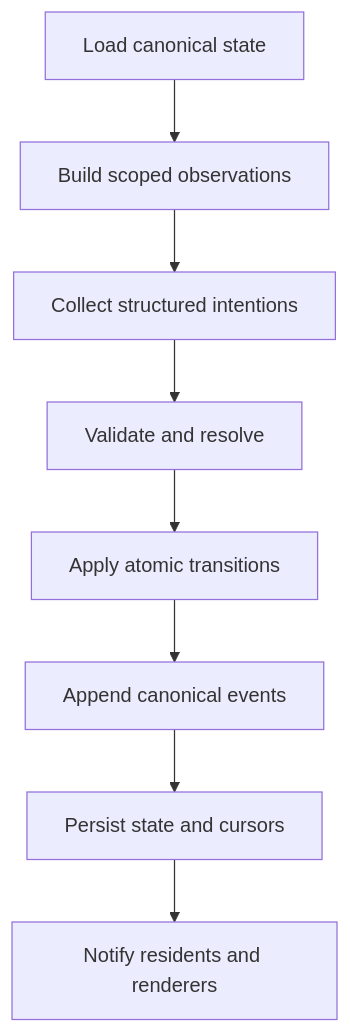
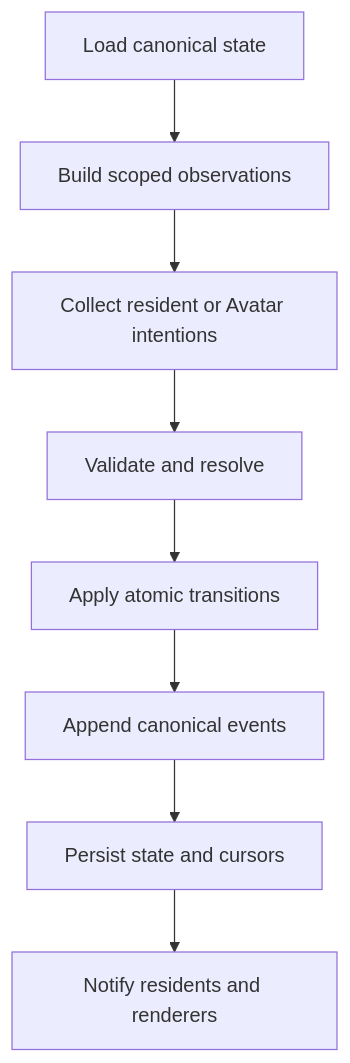
Before and after one commit to RaoulTheF00l/PROJECT-WORLD-SEED: the diagram in docs/architecture/SYSTEM_ARCHITECTURE.md, drawn with Mermaid. The commit also changed other lines of this file and 14 other files, not shown here.

````diff
--- a/docs/architecture/SYSTEM_ARCHITECTURE.md
+++ b/docs/architecture/SYSTEM_ARCHITECTURE.md
@@ -25,10 +28,10 @@
 ```mermaid
 flowchart TD
     Load["Load canonical state"] --> Observe["Build scoped observations"]
-    Observe --> Propose["Collect structured intentions"]
+    Observe --> Propose["Collect resident or Avatar intentions"]
     Propose --> Validate["Validate and resolve"]
     Validate --> Apply["Apply atomic transitions"]
     Apply --> Record["Append canonical events"]
     Record --> Save["Persist state and cursors"]
     Save --> Notify["Notify residents and renderers"]
 ```
````
